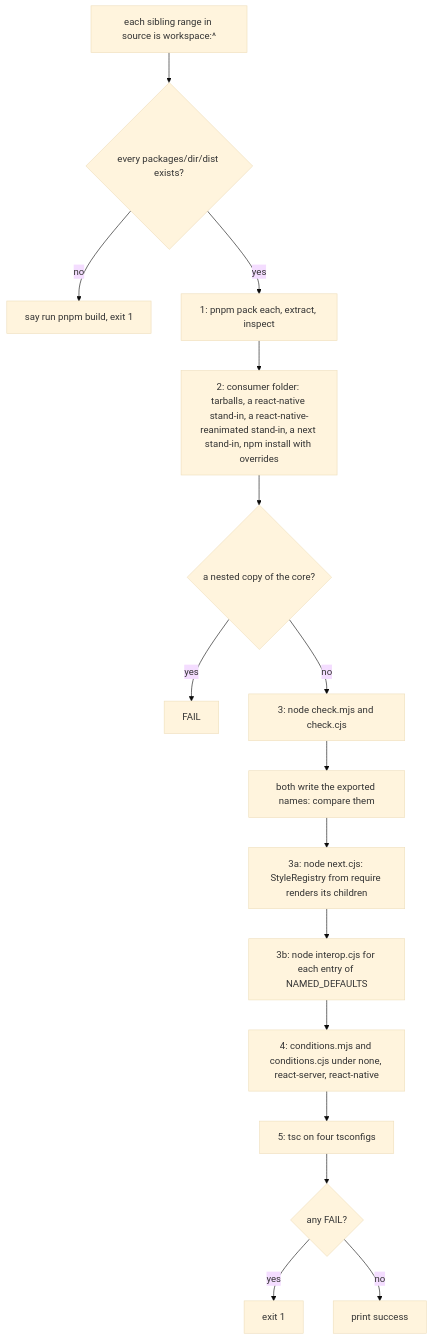
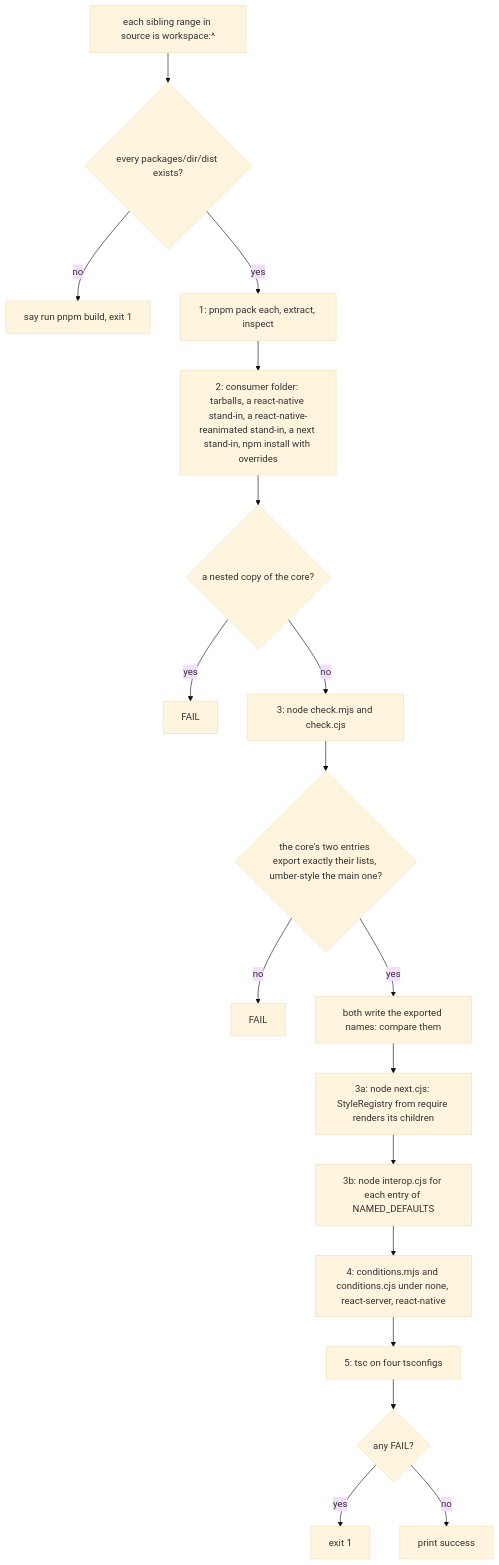
Before and after one commit to soroush-tech/umber-style: the diagram in scripts/smoke-packed.md, drawn with Mermaid (base theme). The commit also changed other lines of this file and 73 other files, not shown here.

Commit message:
refactor(core): the helpers only the bindings use move from the main entry to @umber-style/core/internal - close #79

````diff
--- a/scripts/smoke-packed.md
+++ b/scripts/smoke-packed.md
@@ -27,18 +27,20 @@
 ```mermaid
 flowchart TD
   s0["each sibling range in source is workspace:^"] --> dist{"every packages/dir/dist exists?"}
   dist -->|no| stop["say run pnpm build, exit 1"]
   dist -->|yes| s1["1: pnpm pack each, extract, inspect"]
   s1 --> s2["2: consumer folder: tarballs, a react-native stand-in, a react-native-reanimated stand-in, a next stand-in, npm install with overrides"]
   s2 --> one{"a nested copy of the core?"}
   one -->|yes| f1["FAIL"]
   one -->|no| s3["3: node check.mjs and check.cjs"]
-  s3 --> keys["both write the exported names: compare them"]
+  s3 --> exact{"the core's two entries export exactly their lists, umber-style the main one?"}
+  exact -->|no| f2["FAIL"]
+  exact -->|yes| keys["both write the exported names: compare them"]
   keys --> s3a["3a: node next.cjs: StyleRegistry from require renders its children"]
   s3a --> s3b["3b: node interop.cjs for each entry of NAMED_DEFAULTS"]
   s3b --> s4["4: conditions.mjs and conditions.cjs under none, react-server, react-native"]
   s4 --> s5["5: tsc on four tsconfigs"]
   s5 --> end1{"any FAIL?"}
   end1 -->|yes| exit1["exit 1"]
   end1 -->|no| done["print success"]
 ```
````
